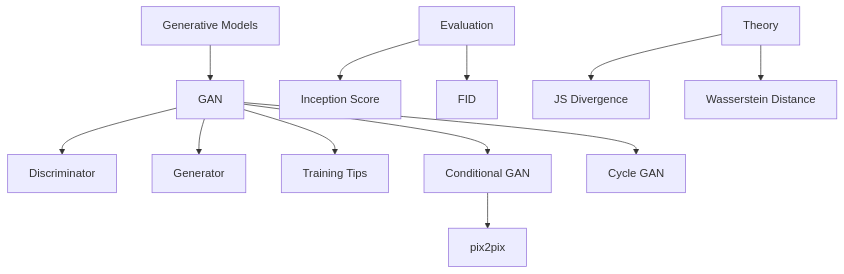
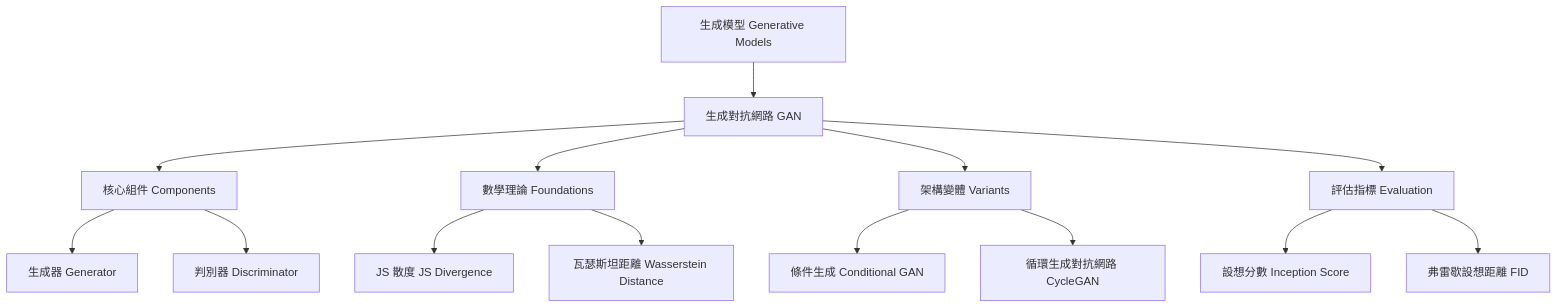
Before and after one commit to leo02311/ml2021-notes: the diagram in content/ml2021_video21_notes.md, drawn with Mermaid. The commit also changed other lines of this file and 16 other files, not shown here.

````diff
--- a/content/ml2021_video21_notes.md
+++ b/content/ml2021_video21_notes.md
@@ -66,14 +16,16 @@
 ```mermaid
 graph TD
-    Ne4455e["Generative Models"] --> N787700["GAN"]
-    N787700["GAN"] --> N3d07d0["Discriminator"]
-    N787700["GAN"] --> N92a8f0["Generator"]
-    N787700["GAN"] --> Ne0954a["Training Tips"]
-    N787700["GAN"] --> N4252af["Conditional GAN"]
-    N787700["GAN"] --> N47fe2d["Cycle GAN"]
-    N4252af["Conditional GAN"] --> Na36f79["pix2pix"]
-    Nb74a43["Evaluation"] --> N8e2eff["Inception Score"]
-    Nb74a43["Evaluation"] --> N593d93["FID"]
-    N700172["Theory"] --> Nbdbb61["JS Divergence"]
-    N700172["Theory"] --> N82fd2a["Wasserstein Distance"]
+    A["生成模型 Generative Models"] --> B["生成對抗網路 GAN"]
+    B --> C["核心組件 Components"]
+    C --> C1["生成器 Generator"]
+    C --> C2["判別器 Discriminator"]
+    B --> D["數學理論 Foundations"]
+    D --> D1["JS 散度 JS Divergence"]
+    D --> D2["瓦瑟斯坦距離 Wasserstein Distance"]
+    B --> E["架構變體 Variants"]
+    E --> E1["條件生成 Conditional GAN"]
+    E --> E2["循環生成對抗網路 CycleGAN"]
+    B --> F["評估指標 Evaluation"]
+    F --> F1["設想分數 Inception Score"]
+    F --> F2["弗雷歇設想距離 FID"]
 ```
````
